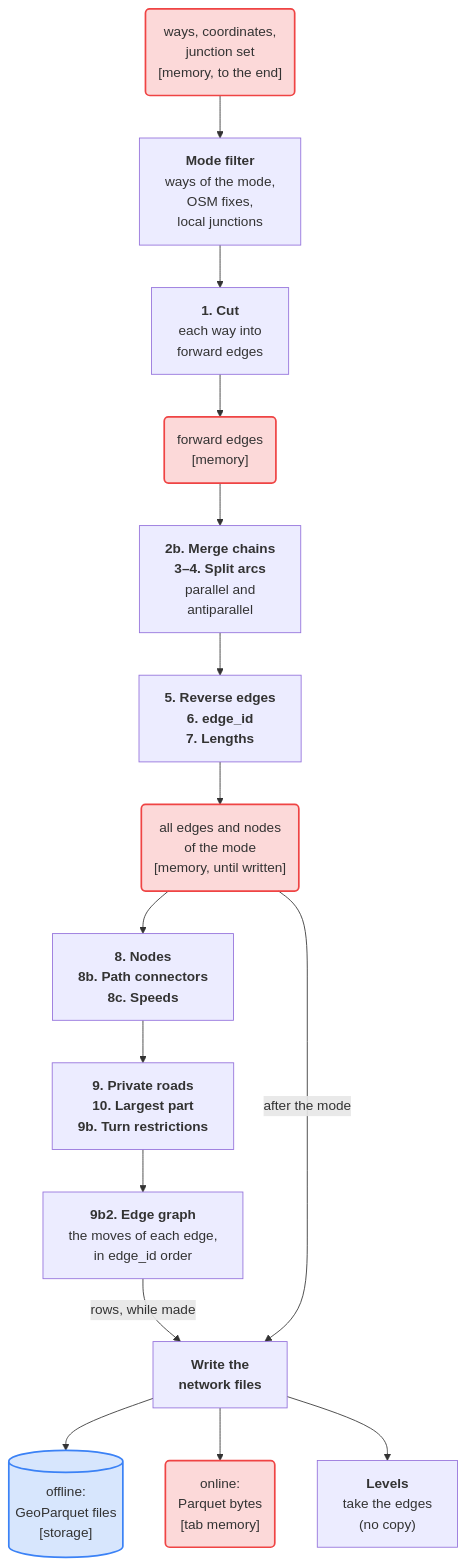
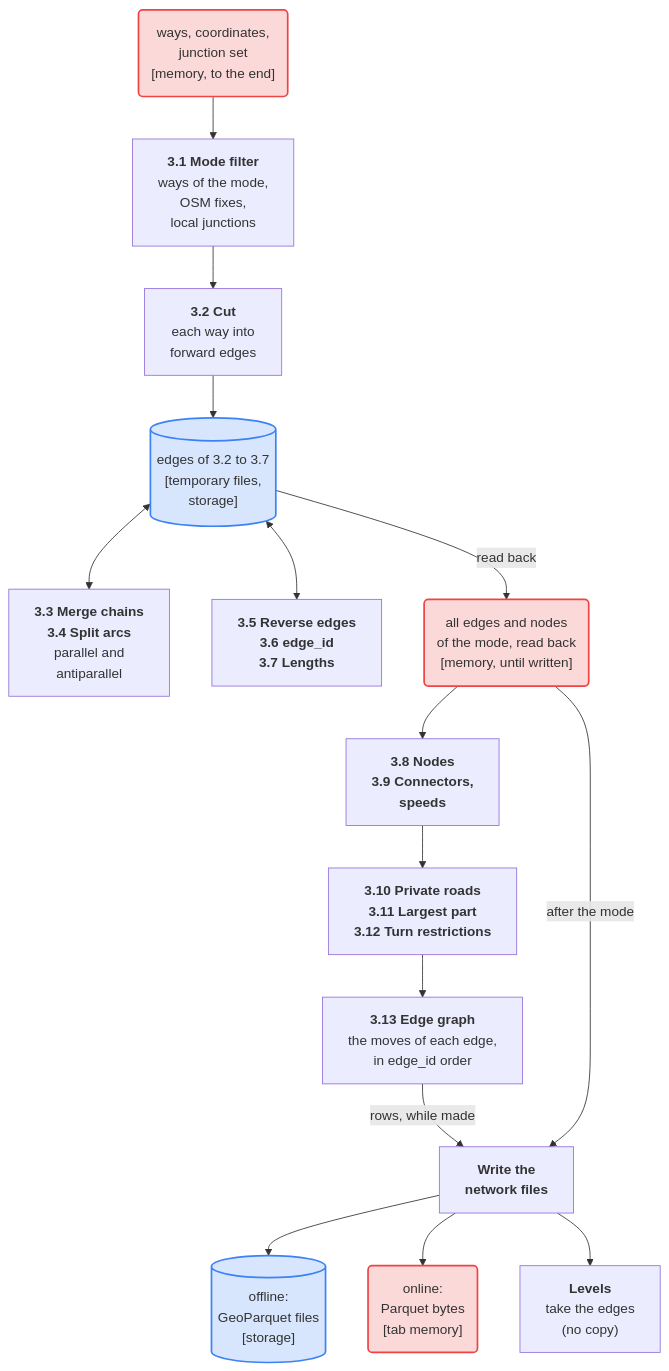
The third of 3 diagrams in docs/concepts/offline-online.md (Khoshkhah/duckOSM), drawn with Mermaid before and after one commit. The commit also changed other lines of this file, not shown here.

First line of the commit message:
Docs: number the sub-steps of step 3 in the order they run

````diff
--- a/docs/concepts/offline-online.md
+++ b/docs/concepts/offline-online.md
@@ -123,30 +127,33 @@
 ```mermaid
 flowchart TB
     IN("ways, coordinates,<br/>junction set<br/>[memory, to the end]")
-    S0["<b>Mode filter</b><br/>ways of the mode,<br/>OSM fixes,<br/>local junctions"]
-    S1["<b>1. Cut</b><br/>each way into<br/>forward edges"]
-    M1("forward edges<br/>[memory]")
-    S2["<b>2b. Merge chains</b><br/><b>3–4. Split arcs</b><br/>parallel and<br/>antiparallel"]
-    S5["<b>5. Reverse edges</b><br/><b>6. edge_id</b><br/><b>7. Lengths</b>"]
-    M5("all edges and nodes<br/>of the mode<br/>[memory, until written]")
-    S8["<b>8. Nodes</b><br/><b>8b. Path connectors</b><br/><b>8c. Speeds</b>"]
-    S9["<b>9. Private roads</b><br/><b>10. Largest part</b><br/><b>9b. Turn restrictions</b>"]
-    S9b["<b>9b2. Edge graph</b><br/>the moves of each edge,<br/>in edge_id order"]
+    S0["<b>3.1 Mode filter</b><br/>ways of the mode,<br/>OSM fixes,<br/>local junctions"]
+    S1["<b>3.2 Cut</b><br/>each way into<br/>forward edges"]
+    M1[("edges of 3.2 to 3.7<br/>[temporary files,<br/>storage]")]
+    S2["<b>3.3 Merge chains</b><br/><b>3.4 Split arcs</b><br/>parallel and<br/>antiparallel"]
+    S5["<b>3.5 Reverse edges</b><br/><b>3.6 edge_id</b><br/><b>3.7 Lengths</b>"]
+    M5("all edges and nodes<br/>of the mode, read back<br/>[memory, until written]")
+    S8["<b>3.8 Nodes</b><br/><b>3.9 Connectors,</b><br/><b>speeds</b>"]
+    S9["<b>3.10 Private roads</b><br/><b>3.11 Largest part</b><br/><b>3.12 Turn restrictions</b>"]
+    S9b["<b>3.13 Edge graph</b><br/>the moves of each edge,<br/>in edge_id order"]
     W["<b>Write the</b><br/><b>network files</b>"]
     LV["<b>Levels</b><br/>take the edges<br/>(no copy)"]
     F1[("offline:<br/>GeoParquet files<br/>[storage]")]
     F2("online:<br/>Parquet bytes<br/>[tab memory]")
 
-    IN --> S0 --> S1 --> M1 --> S2 --> S5 --> M5
+    IN --> S0 --> S1 --> M1
+    M1 <--> S2
+    M1 <--> S5
+    M1 -- "read back" --> M5
     M5 --> S8 --> S9 --> S9b
     S9b -- "rows, while made" --> W
     M5 -- "after the mode" --> W
     W --> F1
     W --> F2
     W --> LV
 
     classDef disk fill:#3b82f633,stroke:#3b82f6,stroke-width:2px
     classDef mem fill:#ef444433,stroke:#ef4444,stroke-width:2px
-    class F1 disk
-    class IN,M1,M5,F2 mem
+    class F1,M1 disk
+    class IN,M5,F2 mem
 ```
````
